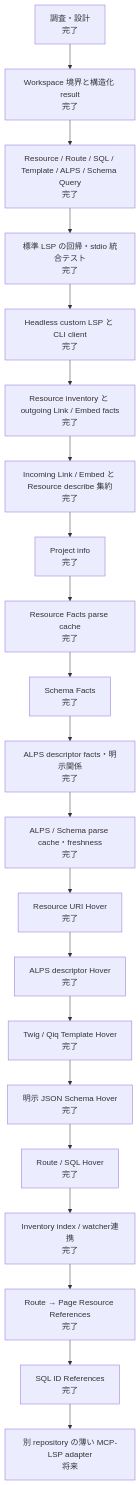
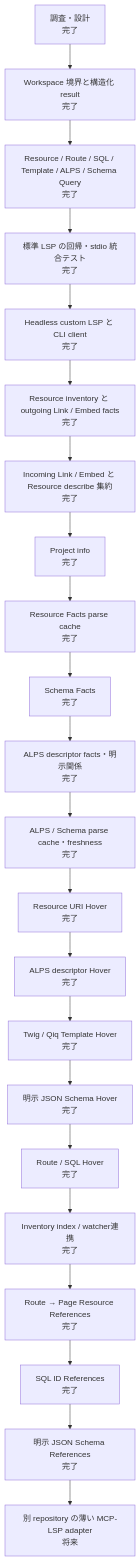
Before and after one commit to suzumaze/bear-phpactor-extension: the second of 2 diagrams in docs/semantic-lsp-progress.ja.md, drawn with Mermaid. The commit also changed other lines of this file and 16 other files, not shown here.

Commit message:
feat: find explicit schema references

````diff
--- a/docs/semantic-lsp-progress.ja.md
+++ b/docs/semantic-lsp-progress.ja.md
@@ -31,26 +31,27 @@
 ```mermaid
 flowchart TD
     p0["調査・設計\n完了"]
     p1["Workspace 境界と構造化 result\n完了"]
     p2["Resource / Route / SQL / Template / ALPS / Schema Query\n完了"]
     p3["標準 LSP の回帰・stdio 統合テスト\n完了"]
     p4["Headless custom LSP と CLI client\n完了"]
     p5["Resource inventory と outgoing Link / Embed facts\n完了"]
     p6["Incoming Link / Embed と Resource describe 集約\n完了"]
     p7["Project info\n完了"]
     p75["Resource Facts parse cache\n完了"]
     p76["Schema Facts\n完了"]
     p77["ALPS descriptor facts・明示関係\n完了"]
     p78["ALPS / Schema parse cache・freshness\n完了"]
     p79["Resource URI Hover\n完了"]
     p80["ALPS descriptor Hover\n完了"]
     p81["Twig / Qiq Template Hover\n完了"]
     p82["明示 JSON Schema Hover\n完了"]
     p83["Route / SQL Hover\n完了"]
     p84["Inventory index / watcher連携\n完了"]
     p85["Route → Page Resource References\n完了"]
     p86["SQL ID References\n完了"]
+    p87["明示 JSON Schema References\n完了"]
     p8["別 repository の薄い MCP-LSP adapter\n将来"]
 
-    p0 --> p1 --> p2 --> p3 --> p4 --> p5 --> p6 --> p7 --> p75 --> p76 --> p77 --> p78 --> p79 --> p80 --> p81 --> p82 --> p83 --> p84 --> p85 --> p86 --> p8
+    p0 --> p1 --> p2 --> p3 --> p4 --> p5 --> p6 --> p7 --> p75 --> p76 --> p77 --> p78 --> p79 --> p80 --> p81 --> p82 --> p83 --> p84 --> p85 --> p86 --> p87 --> p8
 ```
````
